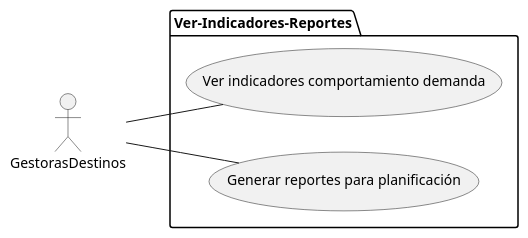
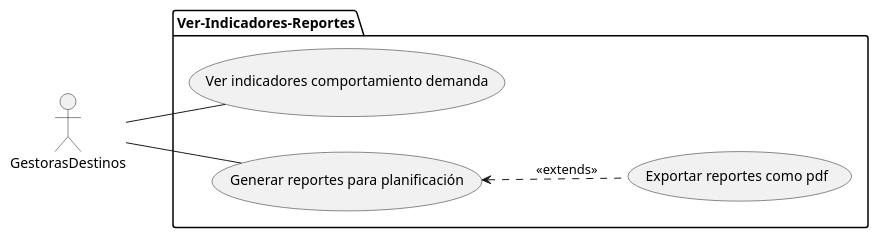
The diagram in docs/modelos/uc-lvl-1/visualizar-indicadores-reportes/gestoras-diagrama.puml (xdark-nessx20/SM-Xplore), drawn with PlantUML before and after one commit. The commit also changed 3 other files, not shown here.

Commit message:
Update: updating lvl one use-case diagrams to add new functions.

```diff
--- a/docs/modelos/uc-lvl-1/visualizar-indicadores-reportes/gestoras-diagrama.puml
+++ b/docs/modelos/uc-lvl-1/visualizar-indicadores-reportes/gestoras-diagrama.puml
@@ -1,15 +1,18 @@
 @startuml
 
 left to right direction
 
 actor GestorasDestinos as G
 
 package Ver-Indicadores-Reportes {
     usecase "Ver indicadores comportamiento demanda" as UC1
     usecase "Generar reportes para planificación" as UC2
+    usecase "Exportar reportes como pdf" as UC3
 }
 
 G -- UC1
 G -- UC2
 
+UC2 <.. UC3 : <<extends>>
+
 @enduml
```
